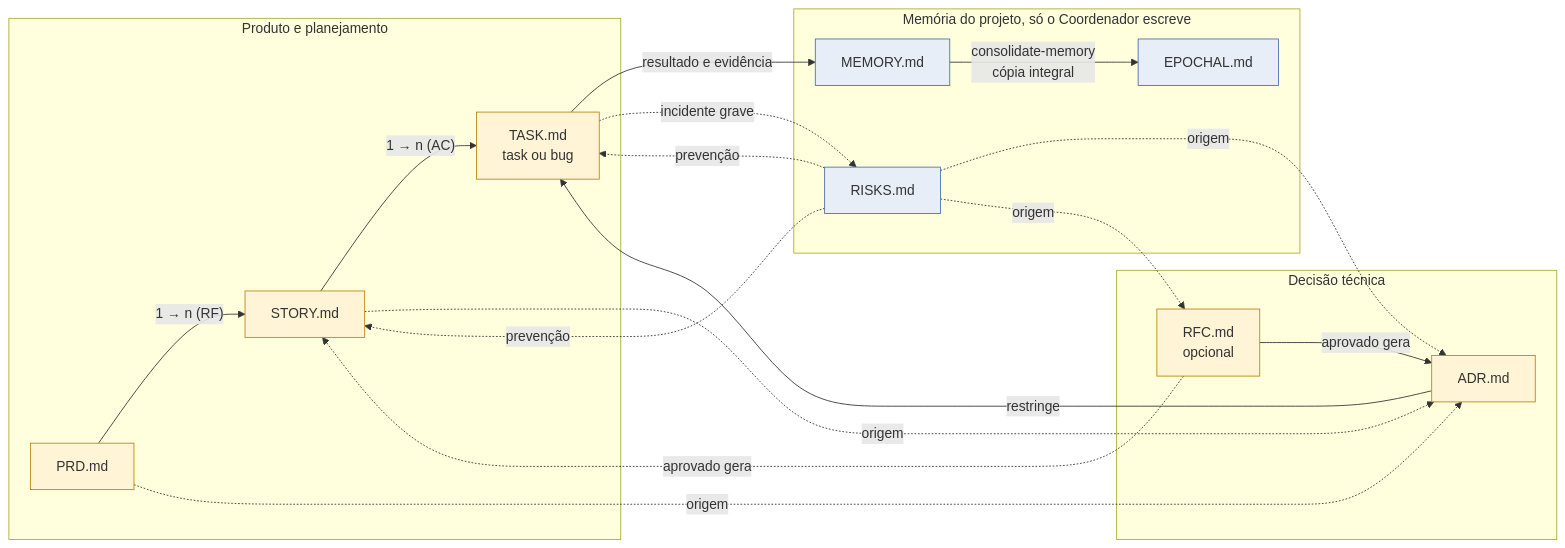
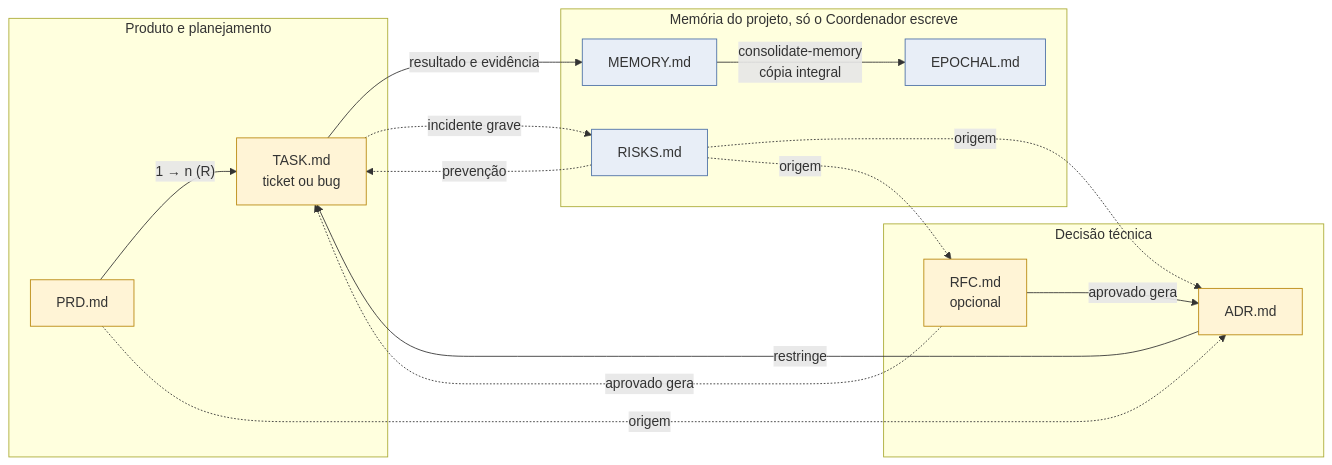
Before and after one commit to danielmalka/dev-harness: the second of 2 diagrams in docs/tutoriais/templates.md, drawn with Mermaid. The commit also changed other lines of this file and 98 other files, not shown here.

First line of the commit message:
feat: PRD and ticket flow (PRD-007, 0.11.0) (#18)

````diff
--- a/docs/tutoriais/templates.md
+++ b/docs/tutoriais/templates.md
@@ -88,32 +88,29 @@
 ```mermaid
 flowchart LR
     subgraph produto[Produto e planejamento]
-        PRD[PRD.md] -->|"1 → n (RF)"| STORY[STORY.md]
-        STORY -->|"1 → n (AC)"| TASK[TASK.md<br/>task ou bug]
+        PRD[PRD.md] -->|"1 → n (R)"| TASK[TASK.md<br/>ticket ou bug]
     end
 
     subgraph decisao[Decisão técnica]
         RFC[RFC.md<br/>opcional] -->|aprovado gera| ADR[ADR.md]
-        RFC -.->|aprovado gera| STORY
+        RFC -.->|aprovado gera| TASK
         ADR -->|restringe| TASK
         PRD -.->|origem| ADR
-        STORY -.->|origem| ADR
     end
 
     subgraph memoria["Memória do projeto, só o Coordenador escreve"]
         MEMORY[MEMORY.md] -->|consolidate-memory<br/>cópia integral| EPOCHAL[EPOCHAL.md]
         RISKS[RISKS.md]
     end
 
     TASK -->|resultado e evidência| MEMORY
     TASK -.->|incidente grave| RISKS
-    RISKS -.->|prevenção| STORY
     RISKS -.->|prevenção| TASK
     RISKS -.->|origem| ADR
     RISKS -.->|origem| RFC
 
     classDef doc fill:#fff4d6,stroke:#b8860b
     classDef mem fill:#e8eef7,stroke:#4a6fa5
-    class PRD,STORY,TASK,ADR,RFC doc
+    class PRD,TASK,ADR,RFC doc
     class MEMORY,EPOCHAL,RISKS mem
 ```
````
